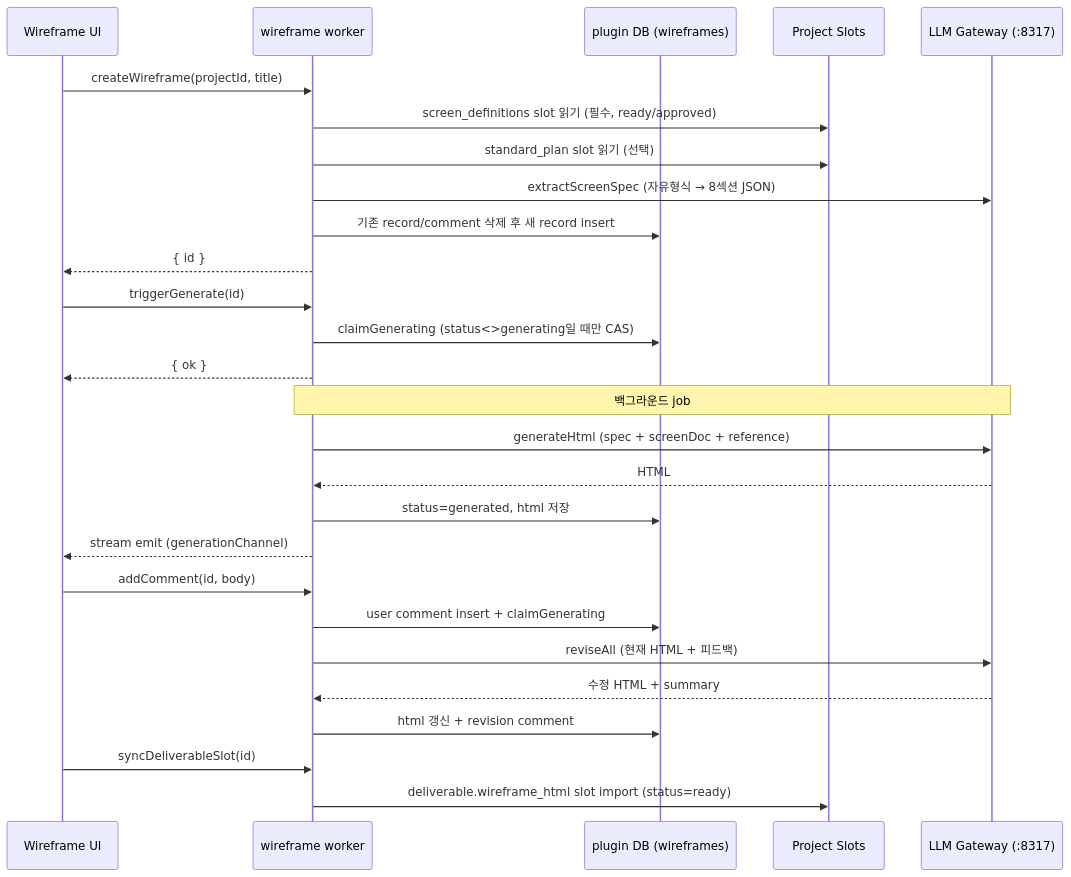
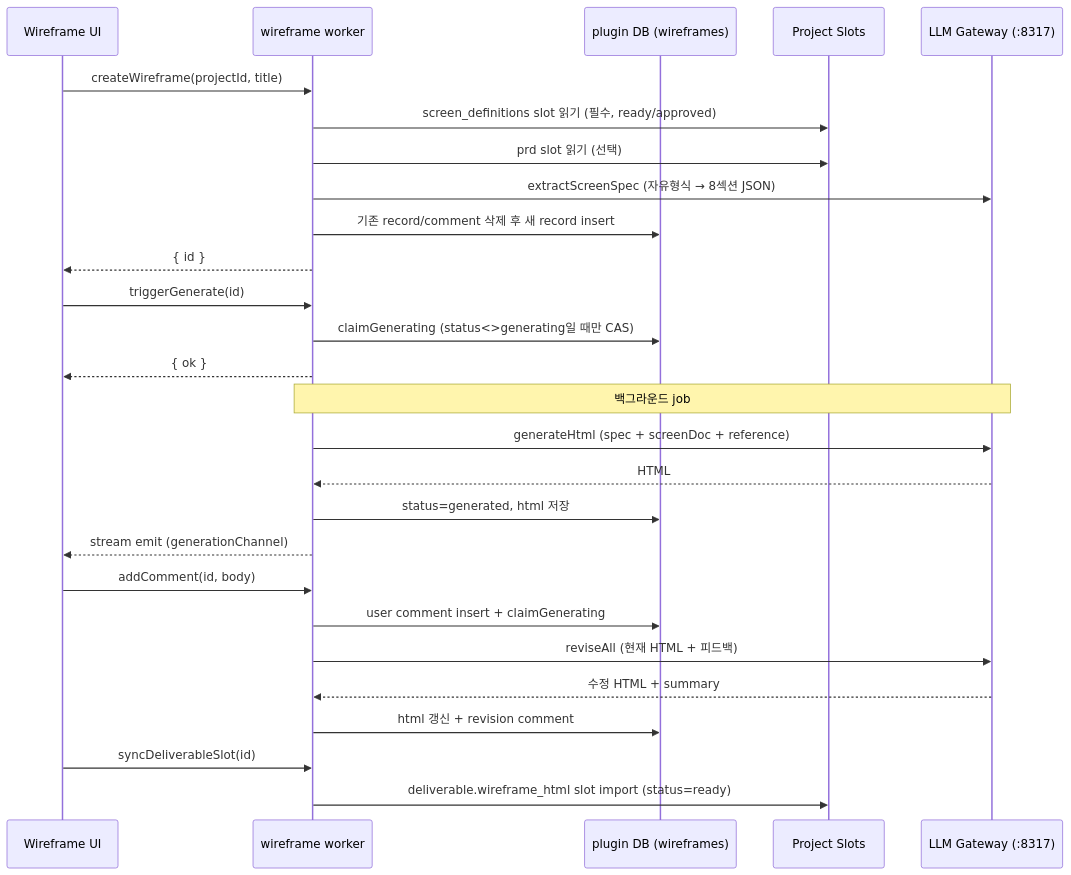
One commit to BBrightcode-atlas/company-os-v2 changed the fourth of 5 diagrams in bbr-plugins/builder/README.md. Above: the diagram before and after it, drawn with Mermaid. The commit also changed other lines of this file and 17 other files, not shown here.

````diff
--- a/bbr-plugins/builder/README.md
+++ b/bbr-plugins/builder/README.md
@@ -156,32 +156,32 @@
 ```mermaid
 sequenceDiagram
   participant UI as Wireframe UI
   participant W as wireframe worker
   participant DB as plugin DB (wireframes)
   participant SL as Project Slots
   participant L as LLM Gateway (:8317)
 
   UI->>W: createWireframe(projectId, title)
   W->>SL: screen_definitions slot 읽기 (필수, ready/approved)
-  W->>SL: standard_plan slot 읽기 (선택)
+  W->>SL: prd slot 읽기 (선택)
   W->>L: extractScreenSpec (자유형식 → 8섹션 JSON)
   W->>DB: 기존 record/comment 삭제 후 새 record insert
   W-->>UI: { id }
 
   UI->>W: triggerGenerate(id)
   W->>DB: claimGenerating (status<>generating일 때만 CAS)
   W-->>UI: { ok }
   Note over W,L: 백그라운드 job
   W->>L: generateHtml (spec + screenDoc + reference)
   L-->>W: HTML
   W->>DB: status=generated, html 저장
   W-->>UI: stream emit (generationChannel)
 
   UI->>W: addComment(id, body)
   W->>DB: user comment insert + claimGenerating
   W->>L: reviseAll (현재 HTML + 피드백)
   L-->>W: 수정 HTML + summary
   W->>DB: html 갱신 + revision comment
   UI->>W: syncDeliverableSlot(id)
   W->>SL: deliverable.wireframe_html slot import (status=ready)
 ```
````
